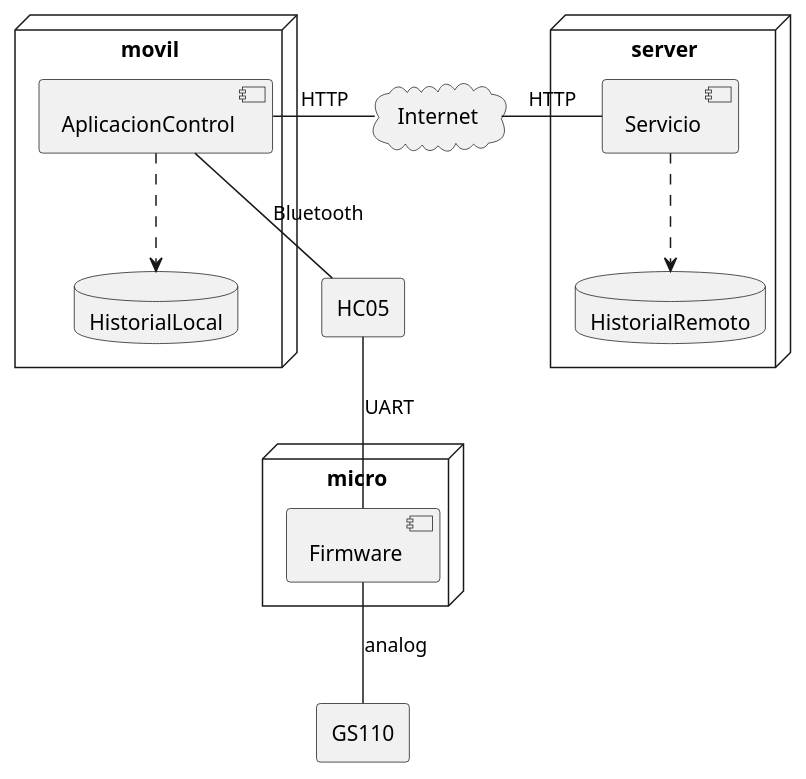
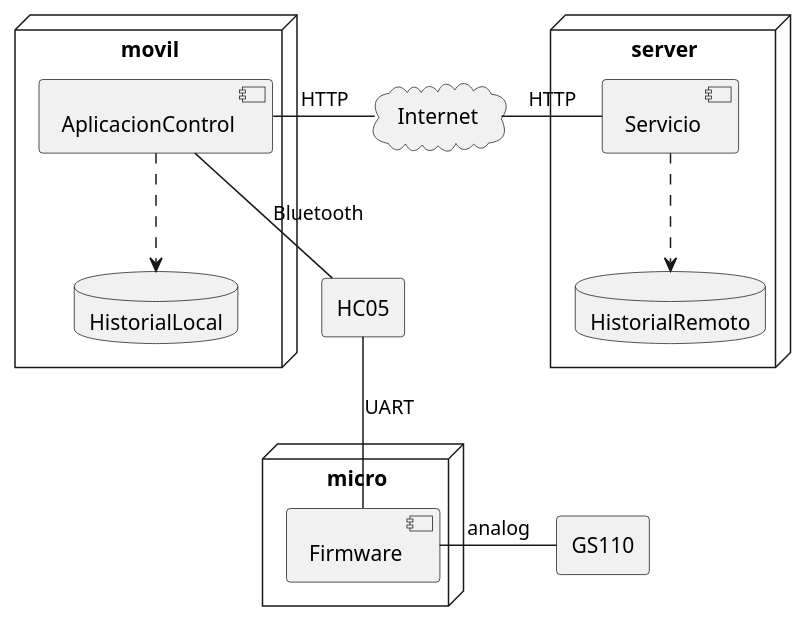
One commit to HeraclitoDeEfeso/caminador changed the diagram in deployment.puml. Above: the diagram before and after it, drawn with PlantUML. The commit also changed 2 other files, not shown here.

```diff
--- a/deployment.puml
+++ b/deployment.puml
@@ -1,24 +1,24 @@
 @startuml
 node movil {
     component AplicacionControl
     database HistorialLocal
     AplicacionControl ..> HistorialLocal
 }
 cloud Internet
 node server {
     component Servicio
     database HistorialRemoto
     Servicio ..> HistorialRemoto
 }
 node micro {
     component Firmware
 }
 rectangle HC05
 rectangle GS110
 'hide GS110
 AplicacionControl - Internet : HTTP
 AplicacionControl -- HC05 : Bluetooth
 HC05 -- Firmware : UART
 Internet - Servicio : HTTP
-Firmware -- GS110 : analog
+Firmware - GS110 : analog
 @enduml
```
